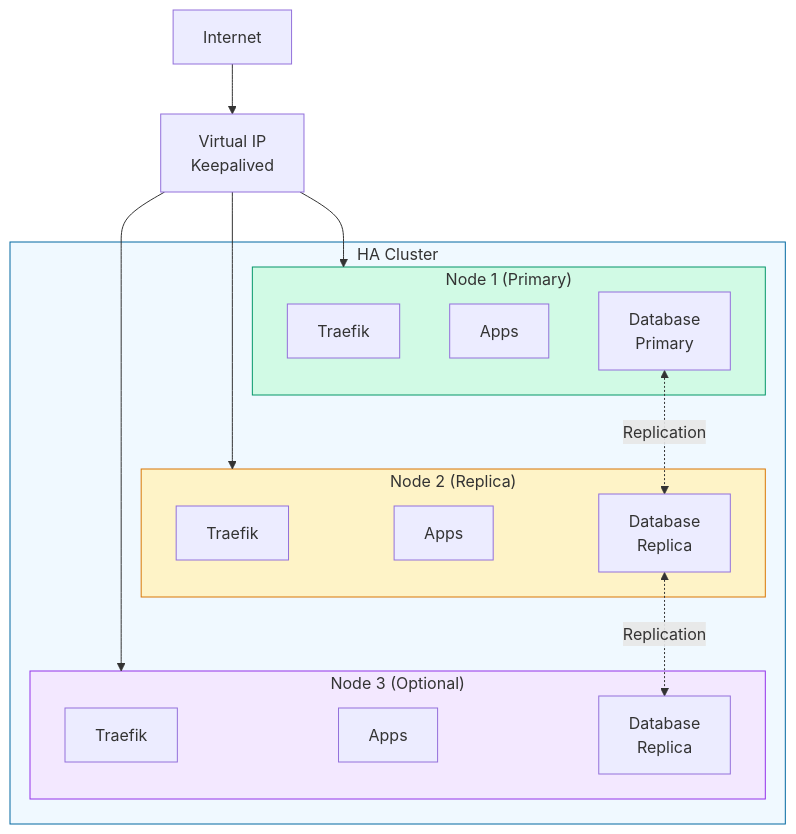
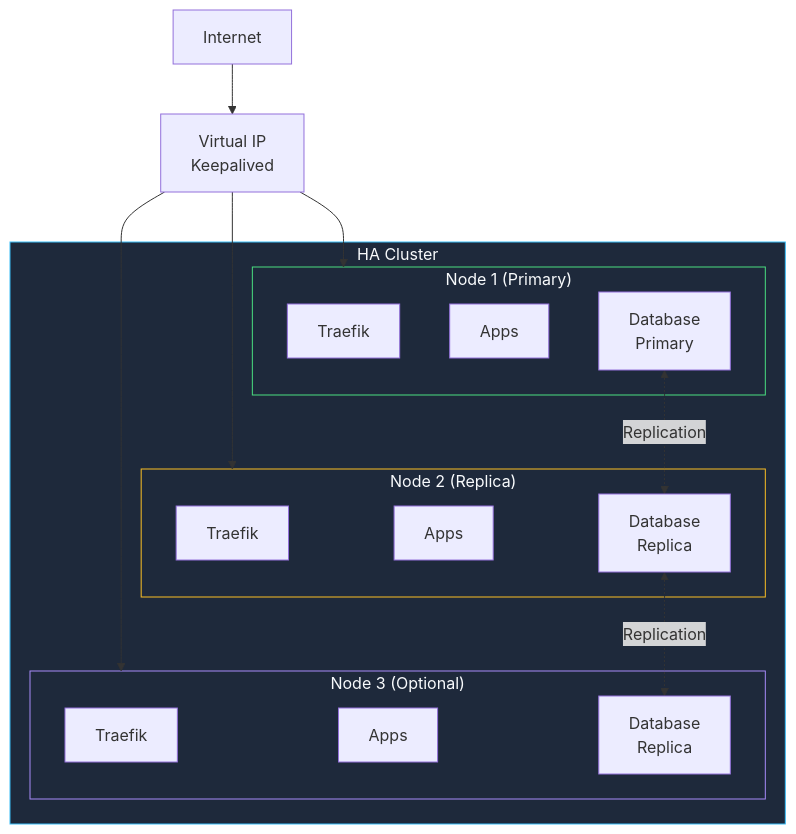
One commit to KombiverseLabs/docs changed the first of 4 diagrams in stackkits/kits/ha-homelab.mdx. Above: the diagram before and after it, drawn with Mermaid. The commit also changed other lines of this file and 33 other files, not shown here.

````diff
--- a/stackkits/kits/ha-homelab.mdx
+++ b/stackkits/kits/ha-homelab.mdx
@@ -14,38 +14,38 @@
 ```mermaid
 graph TB
     subgraph Cluster["HA Cluster"]
         subgraph Node1["Node 1 (Primary)"]
             T1["Traefik"]
             A1["Apps"]
             D1["Database<br/>Primary"]
         end
         
         subgraph Node2["Node 2 (Replica)"]
             T2["Traefik"]
             A2["Apps"]
             D2["Database<br/>Replica"]
         end
         
         subgraph Node3["Node 3 (Optional)"]
             T3["Traefik"]
             A3["Apps"]
             D3["Database<br/>Replica"]
         end
     end
     
     VIP["Virtual IP<br/>Keepalived"]
     Internet["Internet"]
     
     Internet --> VIP
     VIP --> Node1
     VIP --> Node2
     VIP --> Node3
     
     D1 <-.->|Replication| D2
     D2 <-.->|Replication| D3
     
-    style Cluster fill:#f0f9ff,stroke:#0369a1
-    style Node1 fill:#d1fae5,stroke:#059669
-    style Node2 fill:#fef3c7,stroke:#d97706
-    style Node3 fill:#f3e8ff,stroke:#9333ea
+    style Cluster fill:#1e293b,stroke:#38bdf8,color:#f8fafc
+    style Node1 fill:#1e293b,stroke:#4ade80,color:#f8fafc
+    style Node2 fill:#1e293b,stroke:#fbbf24,color:#f8fafc
+    style Node3 fill:#1e293b,stroke:#a78bfa,color:#f8fafc
 ```
````
